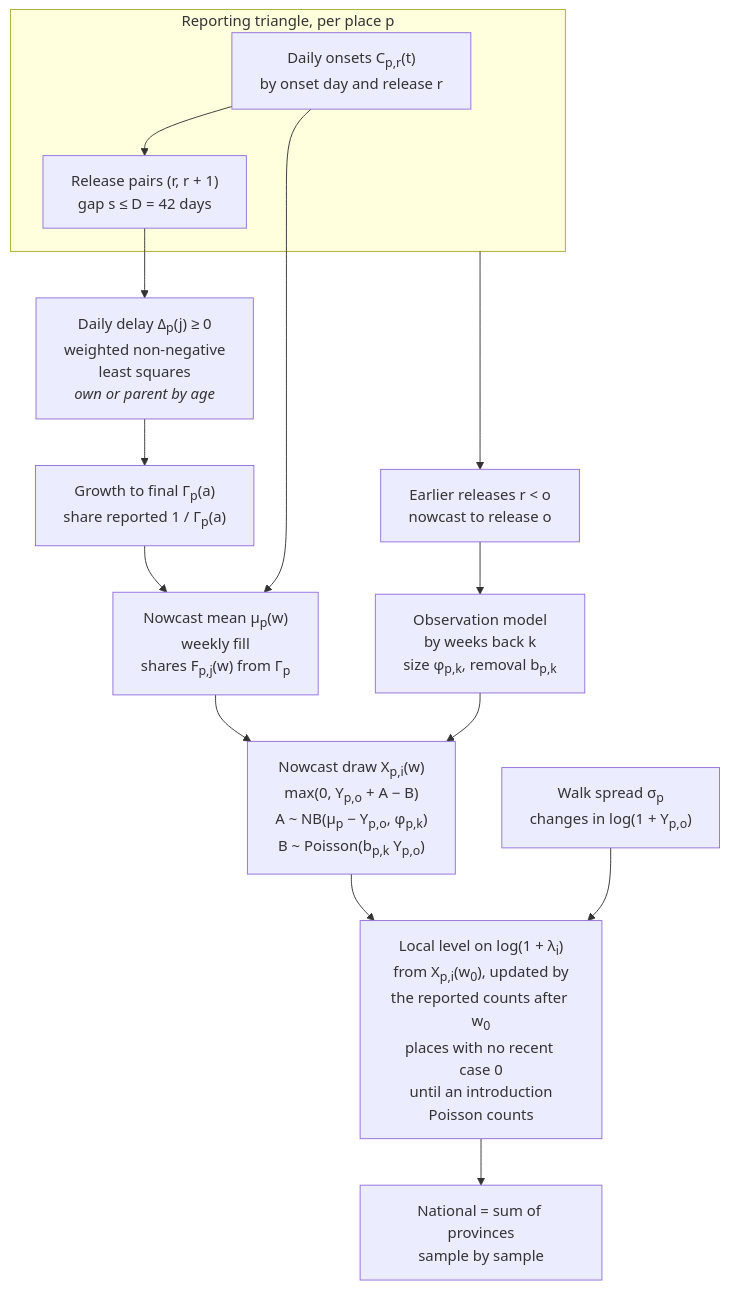
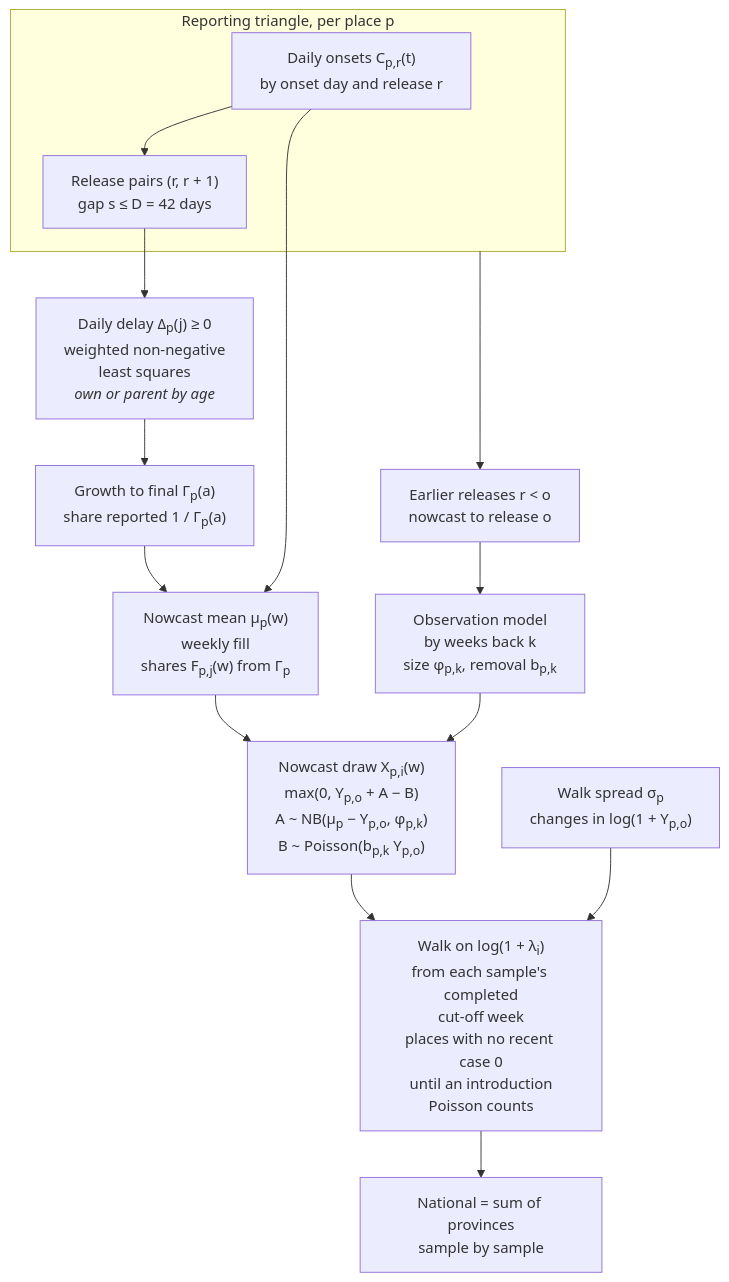
The first of 2 diagrams in docs/methods/baselines.md (seabbs/BDBVHubRenewal), drawn with Mermaid before and after one commit. The commit also changed other lines of this file and 4 other files, not shown here.

First line of the commit message:
Forecast on from each sample's completed cut-off week (#150)

````diff
--- a/docs/methods/baselines.md
+++ b/docs/methods/baselines.md
@@ -27,29 +27,29 @@
 ```mermaid
 flowchart TD
     subgraph TRI["Reporting triangle, per place p"]
         SNAP["Daily onsets C<sub>p,r</sub>(t)<br/>by onset day and release r"]
         PAIR["Release pairs (r, r + 1)<br/>gap s ≤ D = 42 days"]
     end
     DEL["Daily delay Δ<sub>p</sub>(j) ≥ 0<br/>weighted non-negative<br/>least squares<br/><i>own or parent by age</i>"]
     G["Growth to final Γ<sub>p</sub>(a)<br/>share reported 1 / Γ<sub>p</sub>(a)"]
     MU["Nowcast mean μ<sub>p</sub>(w)<br/>weekly fill<br/>shares F<sub>p,j</sub>(w) from Γ<sub>p</sub>"]
     RETRO["Earlier releases r &lt; o<br/>nowcast to release o"]
     OBS["Observation model<br/>by weeks back k<br/>size φ<sub>p,k</sub>, removal b<sub>p,k</sub>"]
     X["Nowcast draw X<sub>p,i</sub>(w)<br/>max(0, Y<sub>p,o</sub> + A − B)<br/>A ~ NB(μ<sub>p</sub> − Y<sub>p,o</sub>, φ<sub>p,k</sub>)<br/>B ~ Poisson(b<sub>p,k</sub> Y<sub>p,o</sub>)"]
     SIG["Walk spread σ<sub>p</sub><br/>changes in log(1 + Y<sub>p,o</sub>)"]
-    W["Local level on log(1 + λ<sub>i</sub>)<br/>from X<sub>p,i</sub>(w<sub>0</sub>), updated by<br/>the reported counts after w<sub>0</sub><br/>places with no recent case 0<br/>until an introduction<br/>Poisson counts"]
+    W["Walk on log(1 + λ<sub>i</sub>)<br/>from each sample's completed<br/>cut-off week<br/>places with no recent case 0<br/>until an introduction<br/>Poisson counts"]
     NAT["National = sum of provinces<br/>sample by sample"]
 
     SNAP --> PAIR
     PAIR --> DEL
     DEL --> G
     G --> MU
     SNAP --> MU
     TRI --> RETRO
     RETRO --> OBS
     MU --> X
     OBS --> X
     X --> W
     SIG --> W
     W --> NAT
 ```
````
